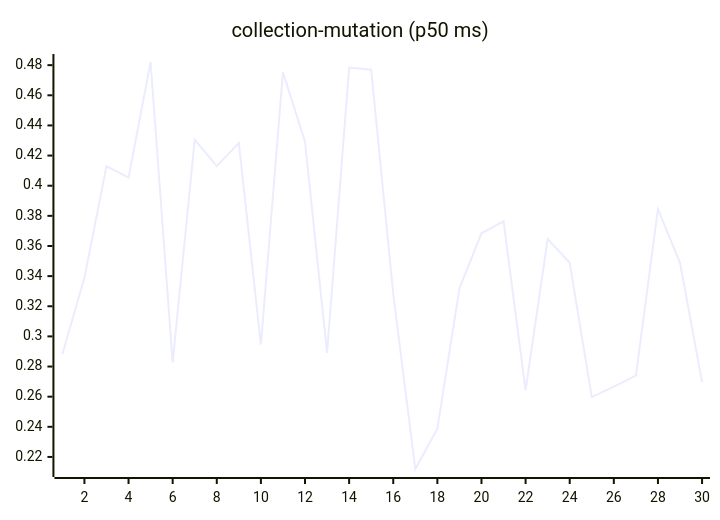
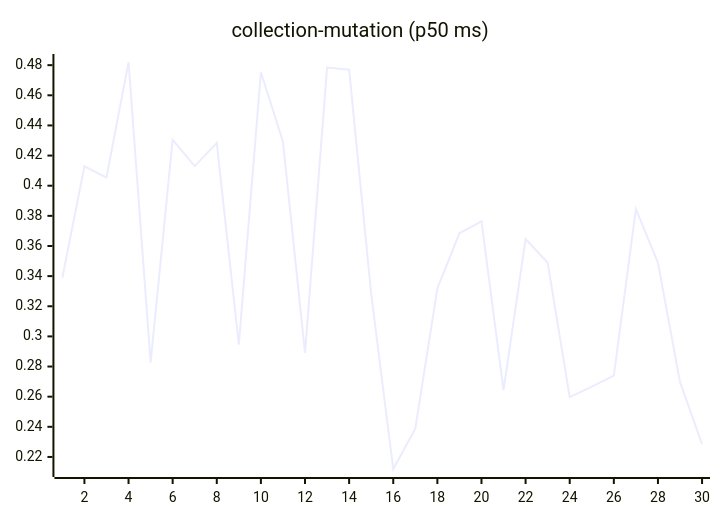
The sixth of 27 diagrams in README.md (josha/Facet), drawn with Mermaid before and after one commit. The commit also changed other lines of this file and 2 other files, not shown here.

````diff
--- a/README.md
+++ b/README.md
@@ -98,6 +98,6 @@
 ```mermaid
 xychart-beta
     title "collection-mutation (p50 ms)"
     x-axis 1 --> 30
-    line [0.2881, 0.3389, 0.4129, 0.4054, 0.4821, 0.2826, 0.4305, 0.4130, 0.4283, 0.2946, 0.4753, 0.4292, 0.2890, 0.4784, 0.4770, 0.3282, 0.2120, 0.2388, 0.3318, 0.3684, 0.3763, 0.2643, 0.3646, 0.3489, 0.2597, 0.2667, 0.2740, 0.3845, 0.3488, 0.2697]
+    line [0.3389, 0.4129, 0.4054, 0.4821, 0.2826, 0.4305, 0.4130, 0.4283, 0.2946, 0.4753, 0.4292, 0.2890, 0.4784, 0.4770, 0.3282, 0.2120, 0.2388, 0.3318, 0.3684, 0.3763, 0.2643, 0.3646, 0.3489, 0.2597, 0.2667, 0.2740, 0.3845, 0.3488, 0.2697, 0.2285]
 ```
````
